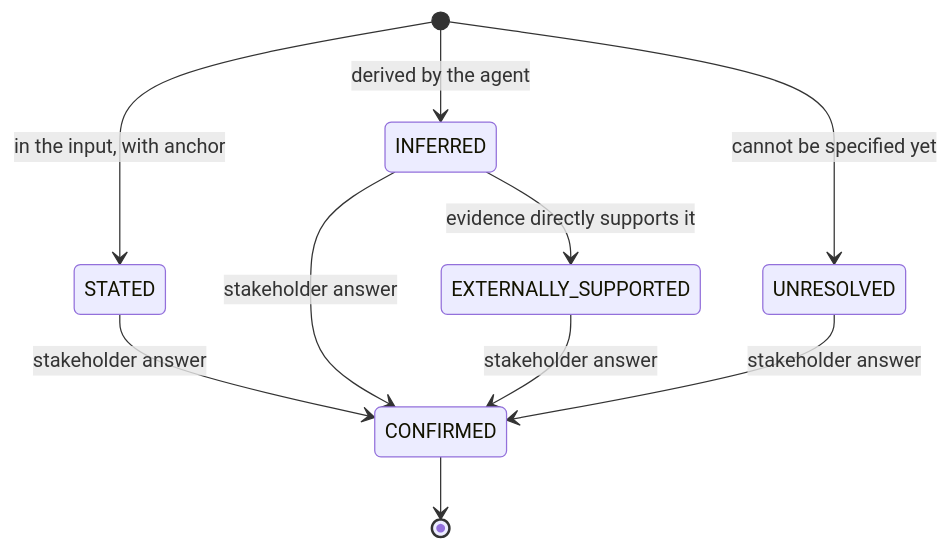
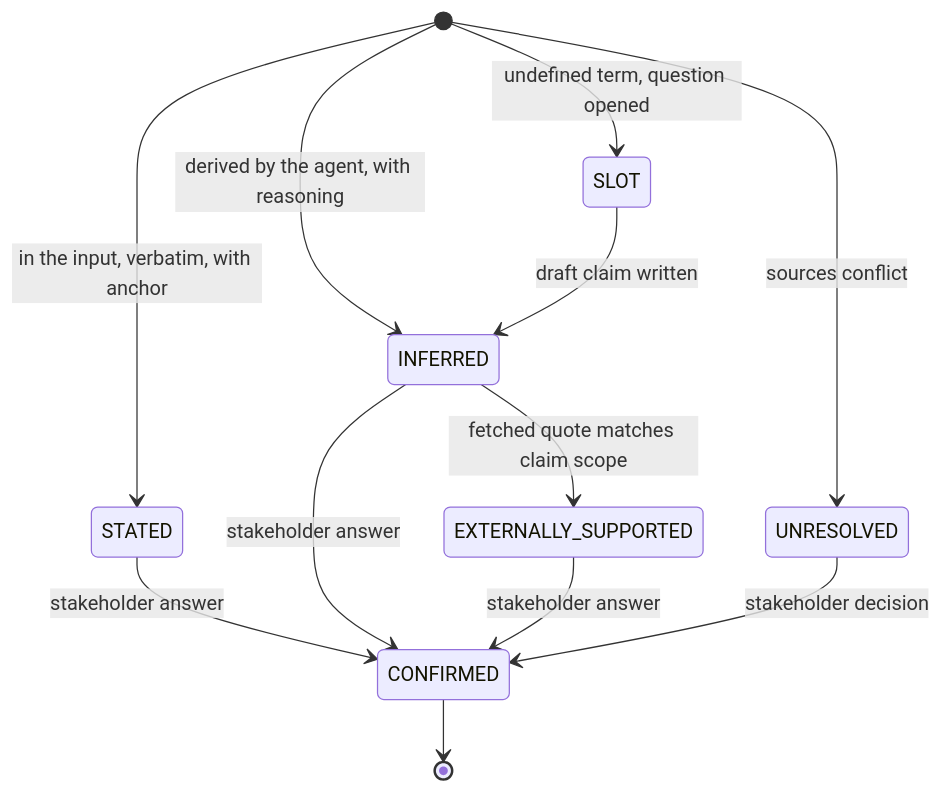
Before and after one commit to Anilkumark17/MCP-Skill-integration: the third of 8 diagrams in README.md, drawn with Mermaid. The commit also changed other lines of this file and 27 other files, not shown here.

````diff
--- a/README.md
+++ b/README.md
@@ -43,12 +43,14 @@
 ```mermaid
 stateDiagram-v2
-    [*] --> STATED: in the input, with anchor
-    [*] --> INFERRED: derived by the agent
-    [*] --> UNRESOLVED: cannot be specified yet
-    INFERRED --> EXTERNALLY_SUPPORTED: evidence directly supports it
+    [*] --> STATED: in the input, verbatim, with anchor
+    [*] --> INFERRED: derived by the agent, with reasoning
+    [*] --> SLOT: undefined term, question opened
+    [*] --> UNRESOLVED: sources conflict
+    SLOT --> INFERRED: draft claim written
+    INFERRED --> EXTERNALLY_SUPPORTED: fetched quote matches claim scope
     STATED --> CONFIRMED: stakeholder answer
     INFERRED --> CONFIRMED: stakeholder answer
     EXTERNALLY_SUPPORTED --> CONFIRMED: stakeholder answer
-    UNRESOLVED --> CONFIRMED: stakeholder answer
+    UNRESOLVED --> CONFIRMED: stakeholder decision
     CONFIRMED --> [*]
 ```
````
